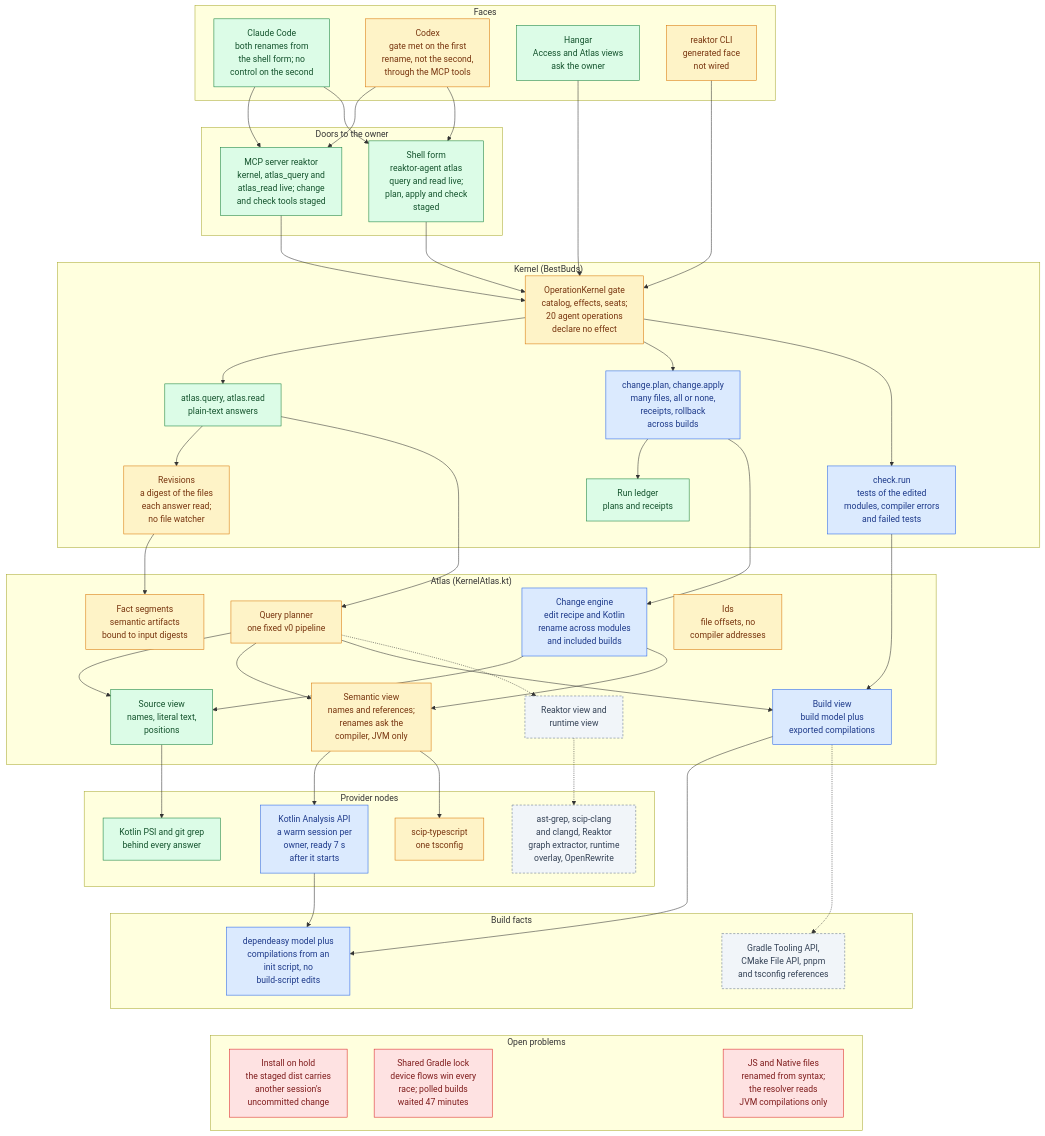
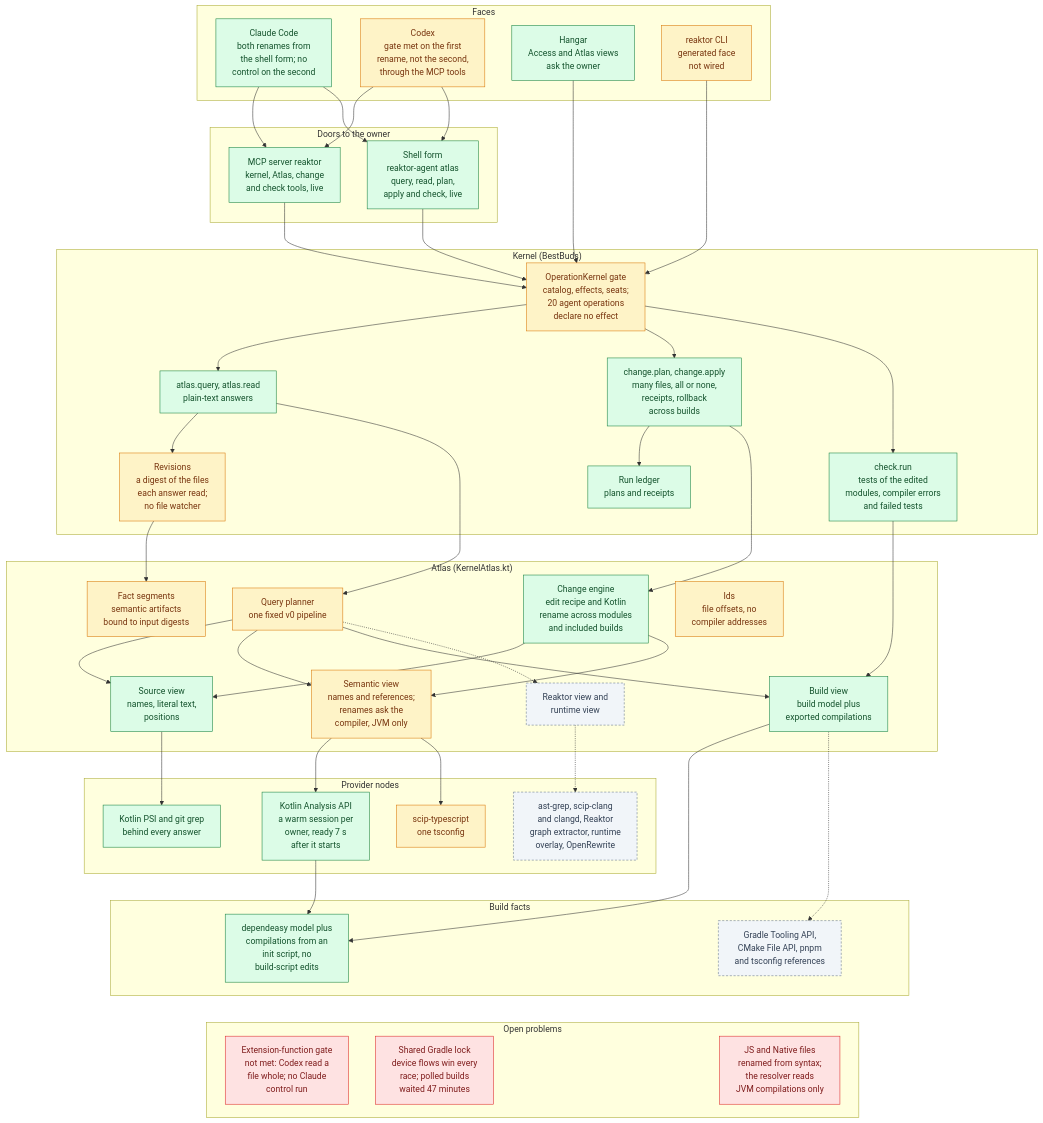
Before and after one commit to shibasis0801/reaktor: the first of 5 diagrams in plans/atlas-hld.md, drawn with Mermaid. The commit also changed other lines of this file, not shown here.

First line of the commit message:
Mark the Atlas change tools live in the HLD

```diff
--- a/plans/atlas-hld.md
+++ b/plans/atlas-hld.md
@@ -27,8 +27,8 @@
         cli["reaktor CLI<br/>generated face<br/>not wired"]
     end
     subgraph doors["Doors to the owner"]
-        mcp["MCP server reaktor<br/>kernel, atlas_query and<br/>atlas_read live; change<br/>and check tools staged"]
-        shell["Shell form<br/>reaktor-agent atlas<br/>query and read live;<br/>plan, apply and check<br/>staged"]
+        mcp["MCP server reaktor<br/>kernel, Atlas, change<br/>and check tools, live"]
+        shell["Shell form<br/>reaktor-agent atlas<br/>query, read, plan,<br/>apply and check, live"]
     end
     subgraph kernelBox["Kernel (BestBuds)"]
         gate["OperationKernel gate<br/>catalog, effects, seats;<br/>20 agent operations<br/>declare no effect"]
@@ -59,7 +59,7 @@
         laterBuild["Gradle Tooling API,<br/>CMake File API, pnpm<br/>and tsconfig references"]
     end
     subgraph problems["Open problems"]
-        p1["Install on hold<br/>the staged dist carries<br/>another session's<br/>uncommitted change"]
+        p1["Extension-function gate<br/>not met: Codex read a<br/>file whole; no Claude<br/>control run"]
         p2["Shared Gradle lock<br/>device flows win every<br/>race; polled builds<br/>waited 47 minutes"]
         p3["JS and Native files<br/>renamed from syntax;<br/>the resolver reads<br/>JVM compilations only"]
     end
@@ -102,12 +102,10 @@
     dep ~~~ p2
     laterBuild ~~~ p3
     classDef live fill:#DCFCE7,stroke:#15803D,color:#14532D
-    classDef built fill:#DBEAFE,stroke:#2563EB,color:#1E3A8A
     classDef partial fill:#FEF3C7,stroke:#D97706,color:#78350F
     classDef problem fill:#FEE2E2,stroke:#DC2626,color:#7F1D1D
     classDef later fill:#F1F5F9,stroke:#64748B,color:#334155,stroke-dasharray: 4 3
-    class claude,hangar,mcp,shell,atlasOps,ledger,sourceView,psi live
-    class changeOps,checkRun,engine,buildView,kaa,dep built
+    class claude,hangar,mcp,shell,atlasOps,changeOps,checkRun,ledger,engine,sourceView,buildView,psi,kaa,dep live
     class codex,cli,gate,revisions,planner,identity,segments,semanticView,ts partial
     class p1,p2,p3 problem
     class laterViews,laterProviders,laterBuild later
```
